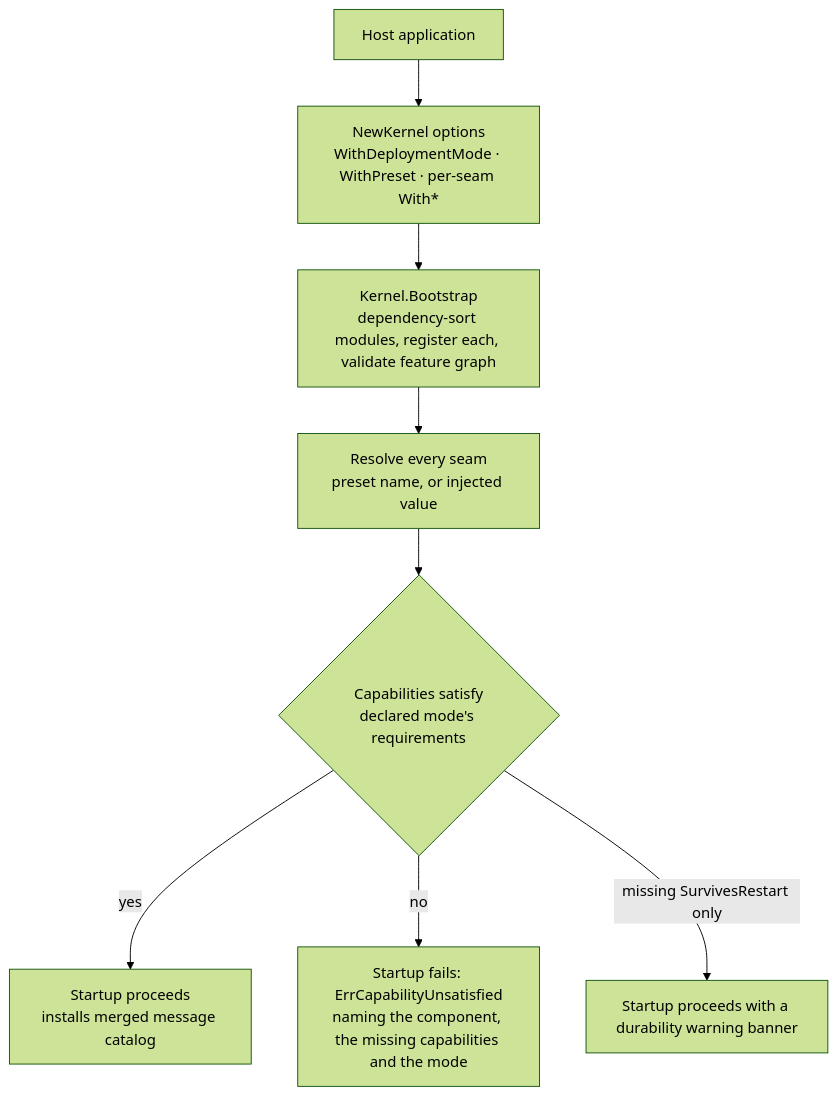
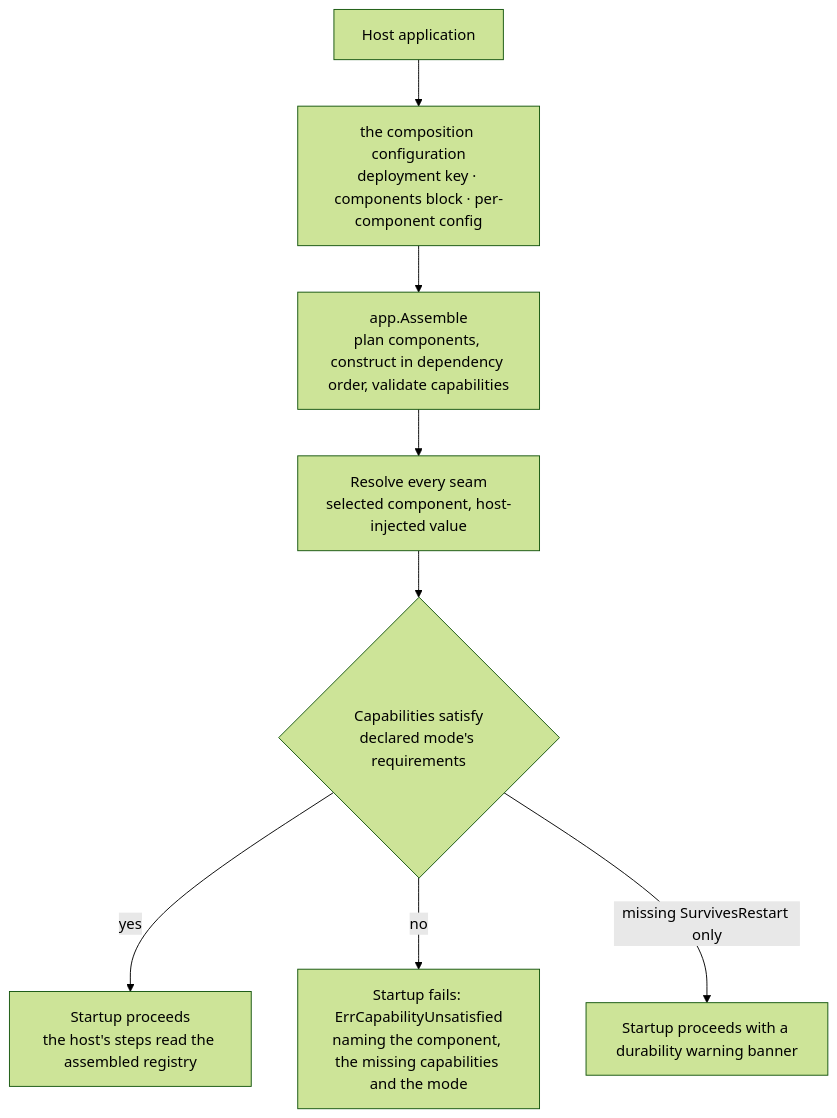
One commit to vislake/speed changed the diagram in docs/site/content.en/docs/developer-docs/modules/core/pkgcore.md. Above: the diagram before and after it, drawn with Mermaid (forest theme). The commit also changed other lines of this file and 3 other files, not shown here.

First line of the commit message:
docs(site): describe pkgcore's component assembly in place of the retired kernel

````diff
--- a/docs/site/content.en/docs/developer-docs/modules/core/pkgcore.md
+++ b/docs/site/content.en/docs/developer-docs/modules/core/pkgcore.md
@@ -124,10 +130,10 @@
 ```mermaid
 flowchart TD
-    Host[Host application] --> Opts["NewKernel options<br/>WithDeploymentMode · WithPreset · per-seam With*"]
-    Opts --> Boot[Kernel.Bootstrap<br/>dependency-sort modules, register each, validate feature graph]
-    Boot --> Resolve["Resolve every seam<br/>preset name, or injected value"]
+    Host[Host application] --> Opts["the composition configuration<br/>deployment key · components block · per-component config"]
+    Opts --> Boot[app.Assemble<br/>plan components, construct in dependency order, validate capabilities]
+    Boot --> Resolve["Resolve every seam<br/>selected component, host-injected value"]
     Resolve --> Check{"Capabilities satisfy<br/>declared mode's requirements"}
-    Check -->|yes| Run[Startup proceeds<br/>installs merged message catalog]
+    Check -->|yes| Run[Startup proceeds<br/>the host's steps read the assembled registry]
     Check -->|no| Fail["Startup fails: ErrCapabilityUnsatisfied<br/>naming the component, the missing capabilities and the mode"]
     Check -->|"missing SurvivesRestart only"| Banner[Startup proceeds with a durability warning banner]
 ```
````
